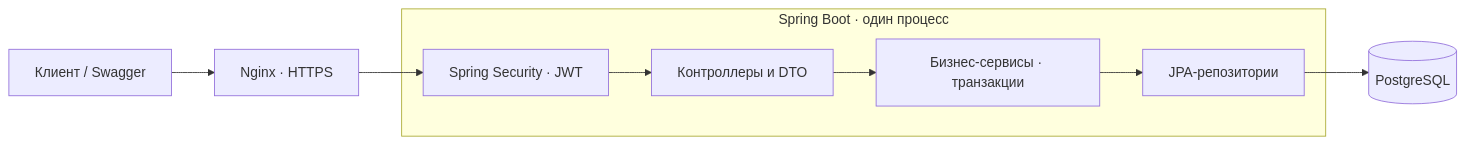
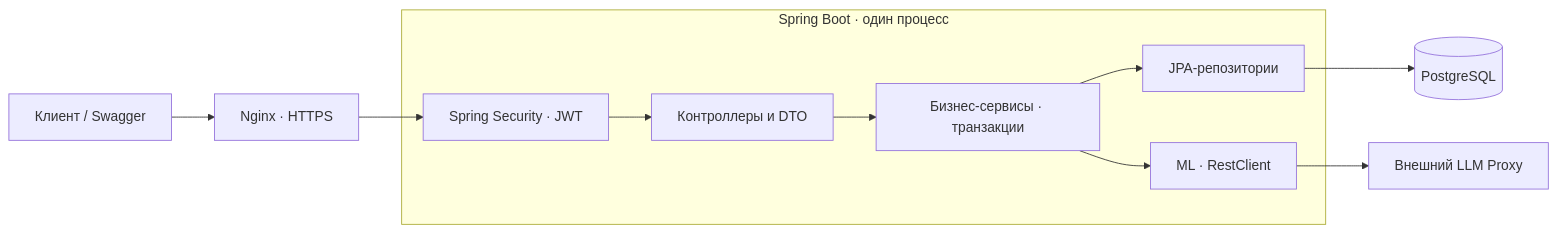
The diagram in docs/architecture.md (indx0/PROD-Hack-SPB-Backend-26), drawn with Mermaid before and after one commit. The commit also changed other lines of this file and 4 other files, not shown here.

````diff
--- a/docs/architecture.md
+++ b/docs/architecture.md
@@ -9,11 +9,13 @@
 ```mermaid
 flowchart LR
     Client["Клиент / Swagger"] --> Nginx["Nginx · HTTPS"]
     Nginx --> Security["Spring Security · JWT"]
     subgraph Backend["Spring Boot · один процесс"]
         Security --> Controller["Контроллеры и DTO"]
         Controller --> Service["Бизнес-сервисы · транзакции"]
         Service --> Repository["JPA-репозитории"]
+        Service --> LlmClient["ML · RestClient"]
     end
     Repository --> DB[("PostgreSQL")]
+    LlmClient --> LlmProxy["Внешний LLM Proxy"]
 ```
````
